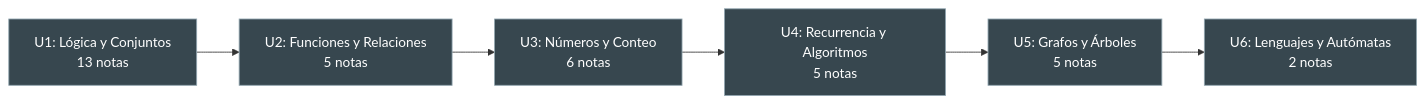
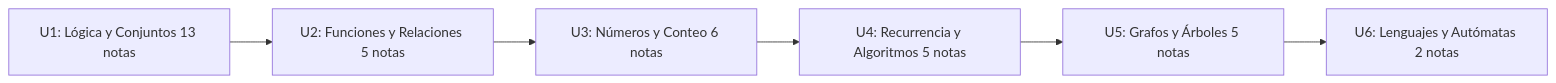
One commit to Fsteven22/Notas-ESPOL changed the diagram in src/site/notes/Universidad/3er Semestre/Matemáticas Discretas/Matemáticas Discretas.md. Above: the diagram before and after it, drawn with Mermaid. The commit also changed other lines of this file and 181 other files, not shown here.

````diff
--- a/src/site/notes/Universidad/3er Semestre/Matemáticas Discretas/Matemáticas Discretas.md
+++ b/src/site/notes/Universidad/3er Semestre/Matemáticas Discretas/Matemáticas Discretas.md
@@ -14,14 +14,8 @@
 ```mermaid
 graph LR
-    U1[U1: Lógica y Conjuntos<br/>13 notas] --> U2[U2: Funciones y Relaciones<br/>5 notas]
-    U2 --> U3[U3: Números y Conteo<br/>6 notas]
-    U3 --> U4[U4: Recurrencia y Algoritmos<br/>5 notas]
-    U4 --> U5[U5: Grafos y Árboles<br/>5 notas]
-    U5 --> U6[U6: Lenguajes y Autómatas<br/>2 notas]
-    style U1 fill:#37474F,color:#FFFFFF,stroke:#90A4AE,stroke-width:1px
-    style U2 fill:#37474F,color:#FFFFFF,stroke:#90A4AE,stroke-width:1px
-    style U3 fill:#37474F,color:#FFFFFF,stroke:#90A4AE,stroke-width:1px
-    style U4 fill:#37474F,color:#FFFFFF,stroke:#90A4AE,stroke-width:1px
-    style U5 fill:#37474F,color:#FFFFFF,stroke:#90A4AE,stroke-width:1px
-    style U6 fill:#37474F,color:#FFFFFF,stroke:#90A4AE,stroke-width:1px
+    U1[U1: Lógica y Conjuntos 13 notas] --> U2[U2: Funciones y Relaciones 5 notas]
+    U2 --> U3[U3: Números y Conteo 6 notas]
+    U3 --> U4[U4: Recurrencia y Algoritmos 5 notas]
+    U4 --> U5[U5: Grafos y Árboles 5 notas]
+    U5 --> U6[U6: Lenguajes y Autómatas 2 notas]
 ```
````
